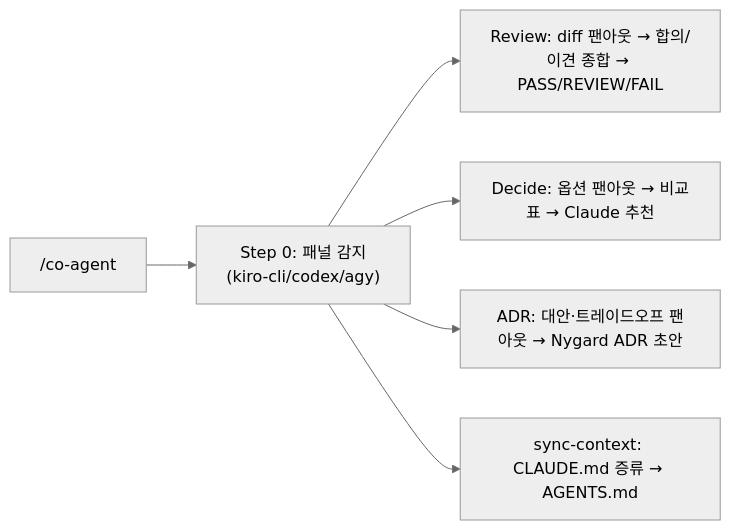
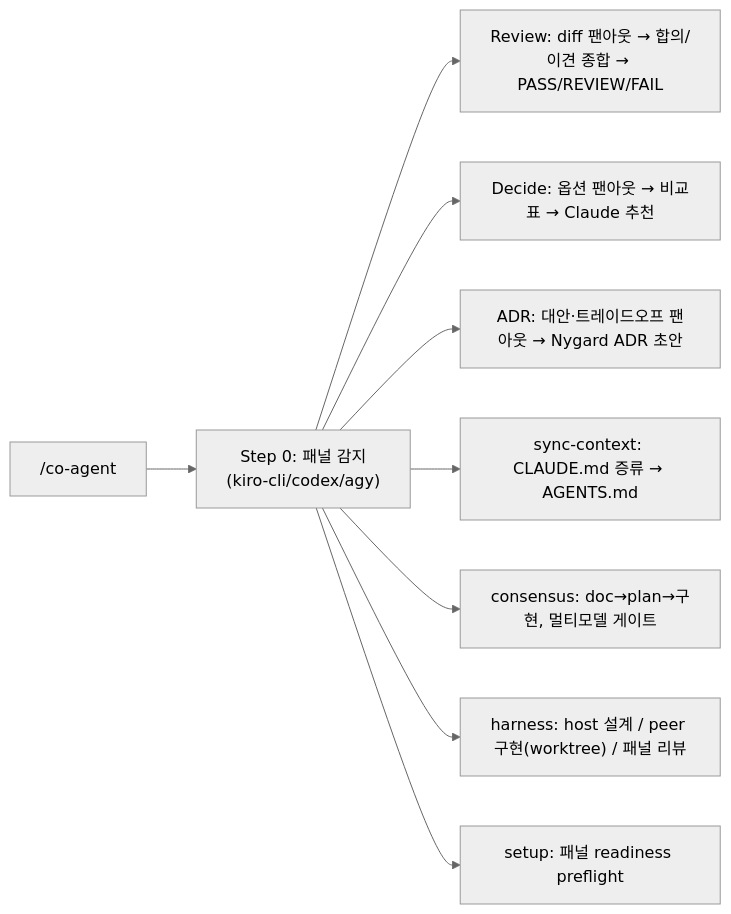
Before and after one commit to Atom-oh/oh-my-cloud-skills: the diagram in doc-sites/docs/co-agent/overview.md, drawn with Mermaid (neutral theme). The commit also changed other lines of this file and 23 other files, not shown here.

````diff
--- a/doc-sites/docs/co-agent/overview.md
+++ b/doc-sites/docs/co-agent/overview.md
@@ -46,8 +46,11 @@
 ```mermaid
 flowchart LR
     A["/co-agent"] --> P["Step 0: 패널 감지<br/>(kiro-cli/codex/agy)"]
     P --> R["Review: diff 팬아웃 → 합의/이견 종합 → PASS/REVIEW/FAIL"]
     P --> D["Decide: 옵션 팬아웃 → 비교표 → Claude 추천"]
     P --> ADR["ADR: 대안·트레이드오프 팬아웃 → Nygard ADR 초안"]
     P --> S["sync-context: CLAUDE.md 증류 → AGENTS.md"]
+    P --> C["consensus: doc→plan→구현, 멀티모델 게이트"]
+    P --> H["harness: host 설계 / peer 구현(worktree) / 패널 리뷰"]
+    P --> U["setup: 패널 readiness preflight"]
 ```
````
